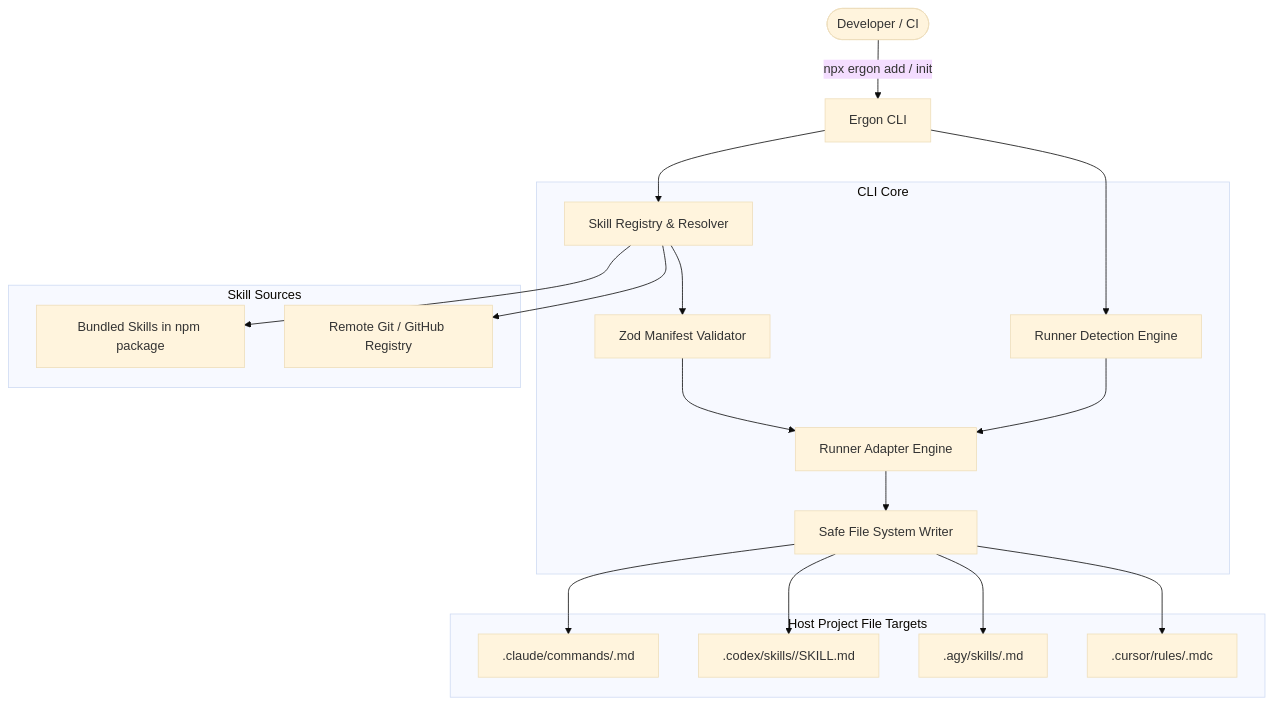
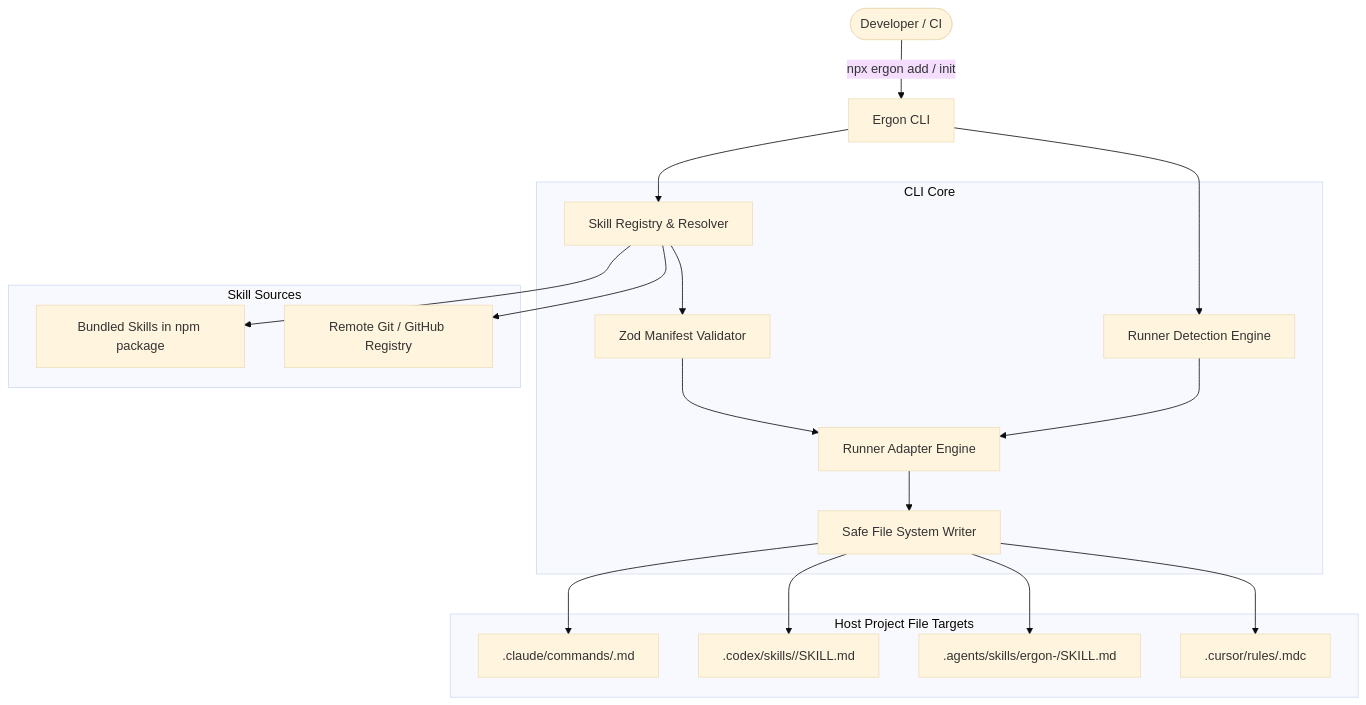
Before and after one commit to EJDonato/Ergon: the diagram in SYSTEM_DESIGN.md, drawn with Mermaid (base theme). The commit also changed other lines of this file and 42 other files, not shown here.

Commit message:
feat: add agent plugins, configuration files, and update agy targets to ergon agent paths

````diff
--- a/SYSTEM_DESIGN.md
+++ b/SYSTEM_DESIGN.md
@@ -25,37 +25,37 @@
 ```mermaid
 flowchart TD
     User([Developer / CI]) -->|npx ergon add / init| CLI[Ergon CLI]
     
     subgraph CLI Core
         Detect[Runner Detection Engine]
         Resolve[Skill Registry & Resolver]
         Validate[Zod Manifest Validator]
         AdapterEngine[Runner Adapter Engine]
         Writer[Safe File System Writer]
     end
     
     subgraph Sources [Skill Sources]
         Bundled[Bundled Skills in npm package]
         RemoteGit[Remote Git / GitHub Registry]
     end
     
     subgraph Targets [Host Project File Targets]
         ClaudeTarget[".claude/commands/<name>.md"]
         CodexTarget[".codex/skills/<name>/SKILL.md"]
-        AgyTarget[".agy/skills/<name>.md"]
+        AgyTarget[".agents/skills/ergon-<persona>/SKILL.md"]
         CursorTarget[".cursor/rules/<name>.mdc"]
     end
     
     CLI --> Detect
     CLI --> Resolve
     Resolve --> Bundled
     Resolve --> RemoteGit
     Resolve --> Validate
     Validate --> AdapterEngine
     Detect --> AdapterEngine
     AdapterEngine --> Writer
     Writer --> ClaudeTarget
     Writer --> CodexTarget
     Writer --> AgyTarget
     Writer --> CursorTarget
 ```
````
